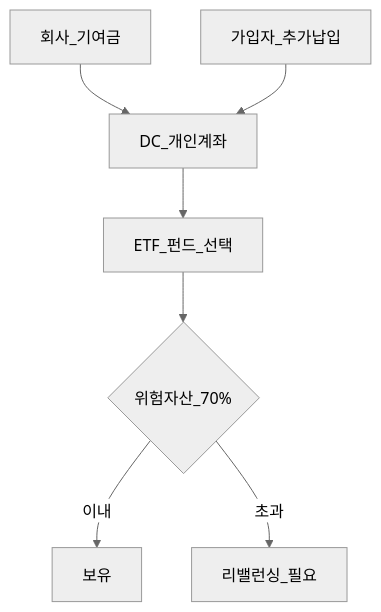
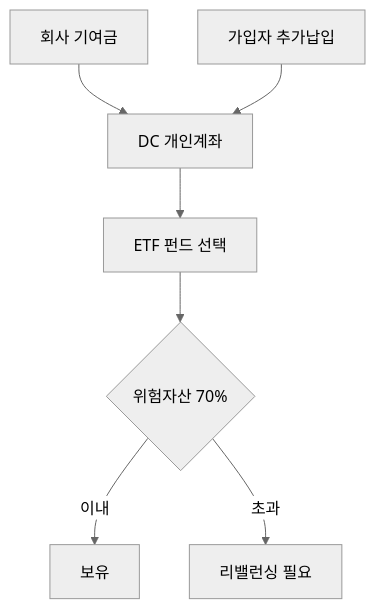
The first of 2 diagrams in 06-korea-policy/dc-pension.md (goldanghenry/Finances), drawn with Mermaid (neutral theme) before and after one commit. The commit also changed other lines of this file and 211 other files, not shown here.

````diff
--- a/06-korea-policy/dc-pension.md
+++ b/06-korea-policy/dc-pension.md
@@ -92,9 +101,9 @@
 ```mermaid
 flowchart TB
-  Co[회사_기여금] --> Acct[DC_개인계좌]
-  You[가입자_추가납입] --> Acct
-  Acct --> Pick[ETF_펀드_선택]
-  Pick --> Limit{위험자산_70%}
+  Co["회사 기여금"] --> Acct["DC 개인계좌"]
+  You["가입자 추가납입"] --> Acct
+  Acct --> Pick["ETF 펀드 선택"]
+  Pick --> Limit{"위험자산 70%"}
   Limit -->|이내| Hold[보유]
-  Limit -->|초과| Rebal[리밸런싱_필요]
+  Limit -->|초과| Rebal["리밸런싱 필요"]
 ```
````
